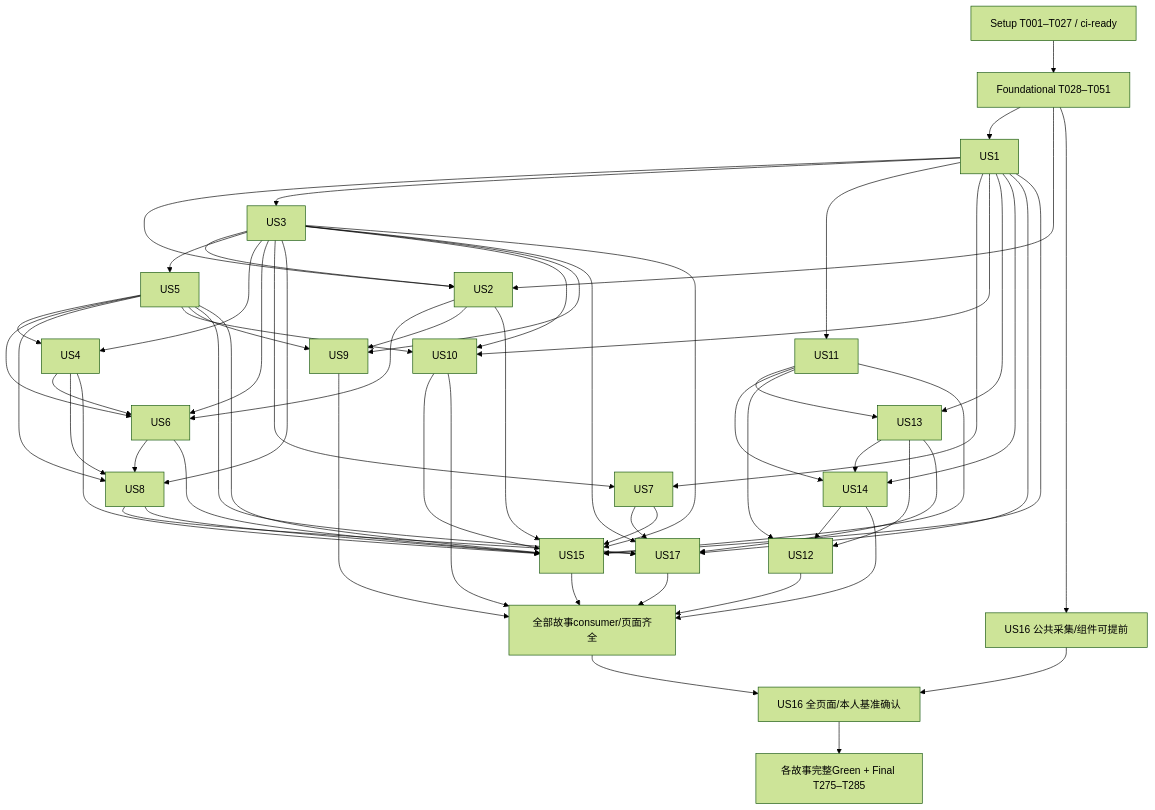
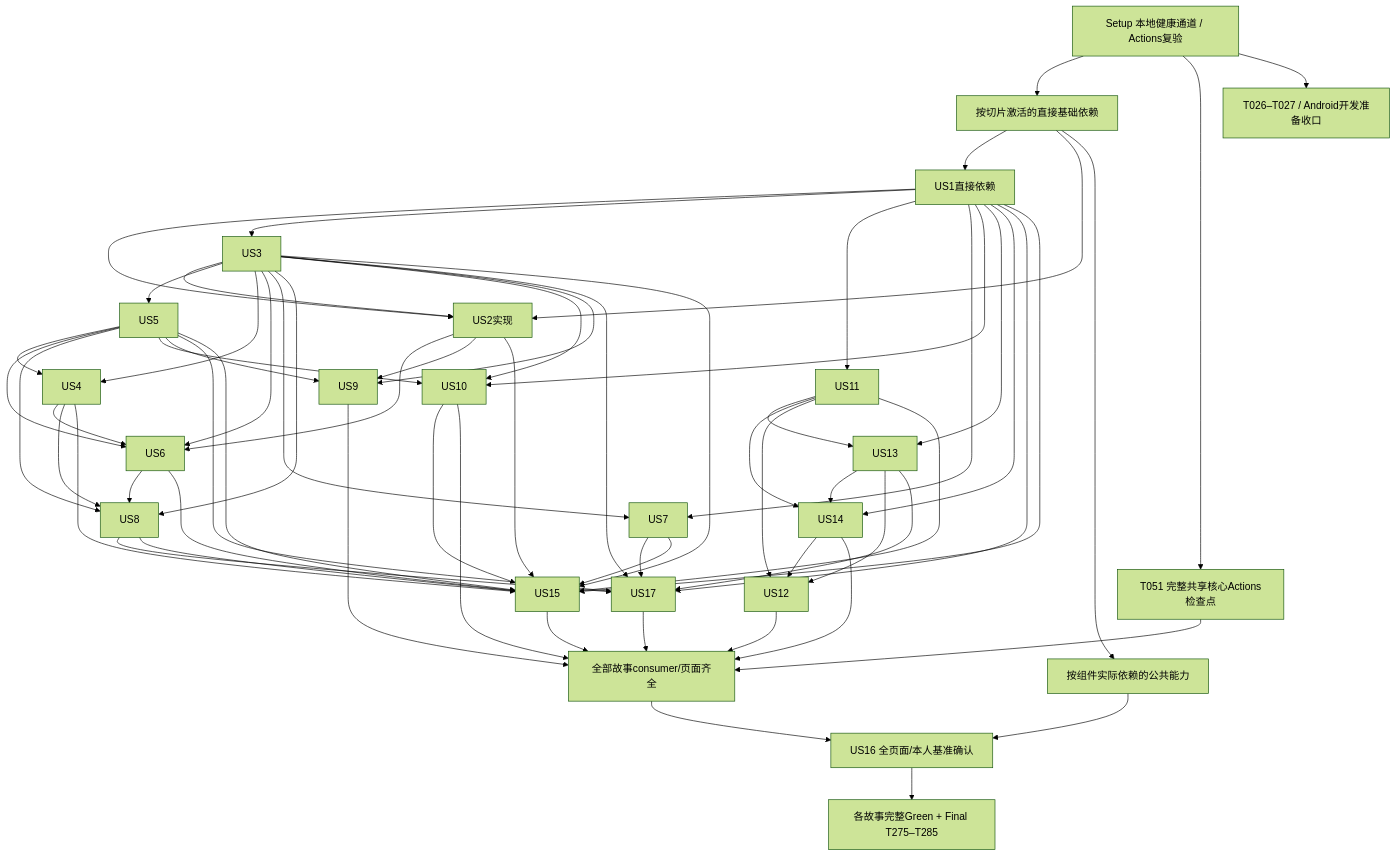
Before and after one commit to Self-Command/agora-weave: the diagram in specs/001-agoraweave-v1/tasks.md, drawn with Mermaid (forest theme). The commit also changed other lines of this file and 73 other files, not shown here.

````diff
--- a/specs/001-agoraweave-v1/tasks.md
+++ b/specs/001-agoraweave-v1/tasks.md
@@ -750,63 +758,66 @@
 ```mermaid
 flowchart TD
-  Setup["Setup T001–T027 / ci-ready"] --> F["Foundational T028–T051"]
-  F --> US1
-  F --> US2
+  Setup["Setup 本地健康通道 / Actions复验"] --> F["按切片激活的直接基础依赖"]
+  Setup --> T051["T051 完整共享核心Actions检查点"]
+  Setup --> CI["T026–T027 / Android开发准备收口"]
+  F --> US1["US1直接依赖"]
+  F --> US2["US2直接依赖"]
   US1 --> US2
-  US3 --> US2
+  US3 --> US2["US2实现"]
   US1 --> US3
   US3 --> US5
   US1 --> US11
   US3 --> US4
   US5 --> US4
   US2 --> US6
   US3 --> US6
   US4 --> US6
   US5 --> US6
   US1 --> US7
   US3 --> US7
   US3 --> US8
   US5 --> US8
   US4 --> US8
   US6 --> US8
   US1 --> US10
   US3 --> US10
   US5 --> US10
   US1 --> US13
   US11 --> US13
   US1 --> US14
   US11 --> US14
   US13 --> US14
   US11 --> US12
   US13 --> US12
   US14 --> US12
   US2 --> US9
   US3 --> US9
   US5 --> US9
   US1 --> US17
   US3 --> US17
   US5 --> US17
   US7 --> US17
   US8 --> US17
   US13 --> US17
   US1 --> US15
   US2 --> US15
   US3 --> US15
   US4 --> US15
   US5 --> US15
   US6 --> US15
   US7 --> US15
   US8 --> US15
   US10 --> US15
   US11 --> US15
-  F --> UI["US16 公共采集/组件可提前"]
+  F --> UI["按组件实际依赖的公共能力"]
   US12 --> All["全部故事consumer/页面齐全"]
   US9 --> All
   US15 --> All
   US17 --> All
   US10 --> All
   US14 --> All
+  T051["T051 完整共享核心Actions检查点"] --> All
   All --> V16["US16 全页面/本人基准确认"]
   UI --> V16
   V16 --> Final["各故事完整Green + Final T275–T285"]
 ```
````
